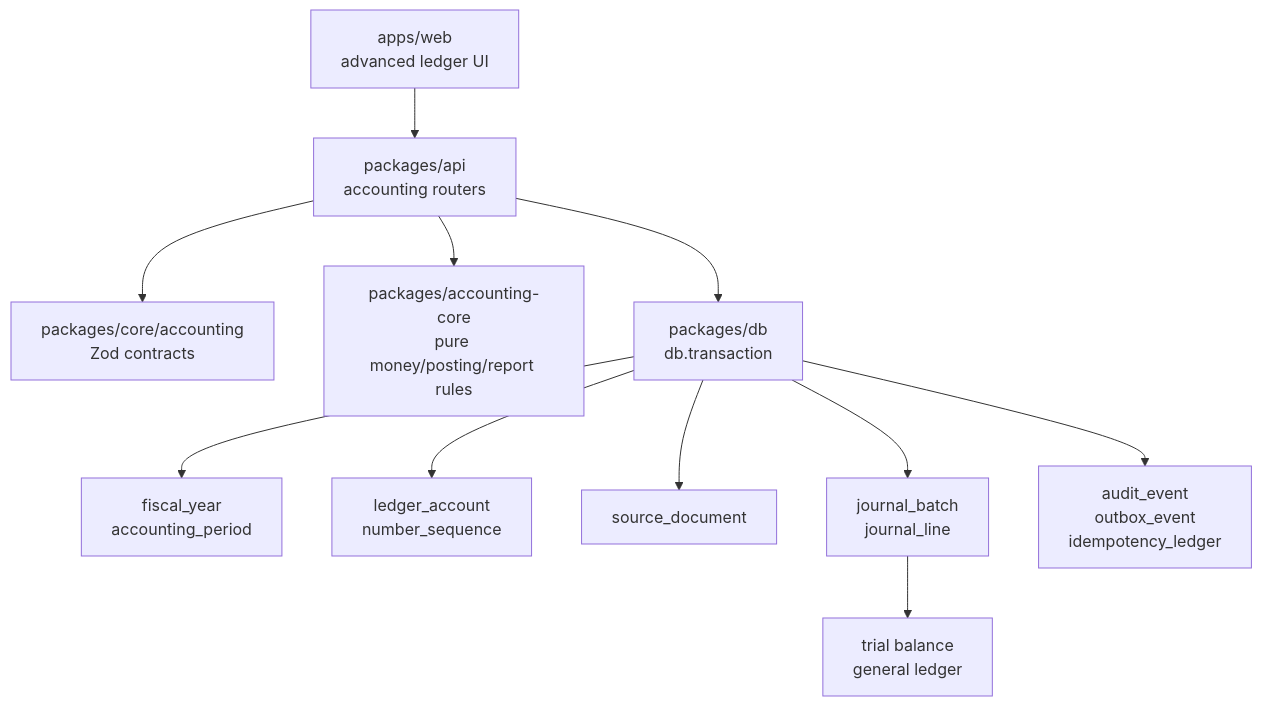
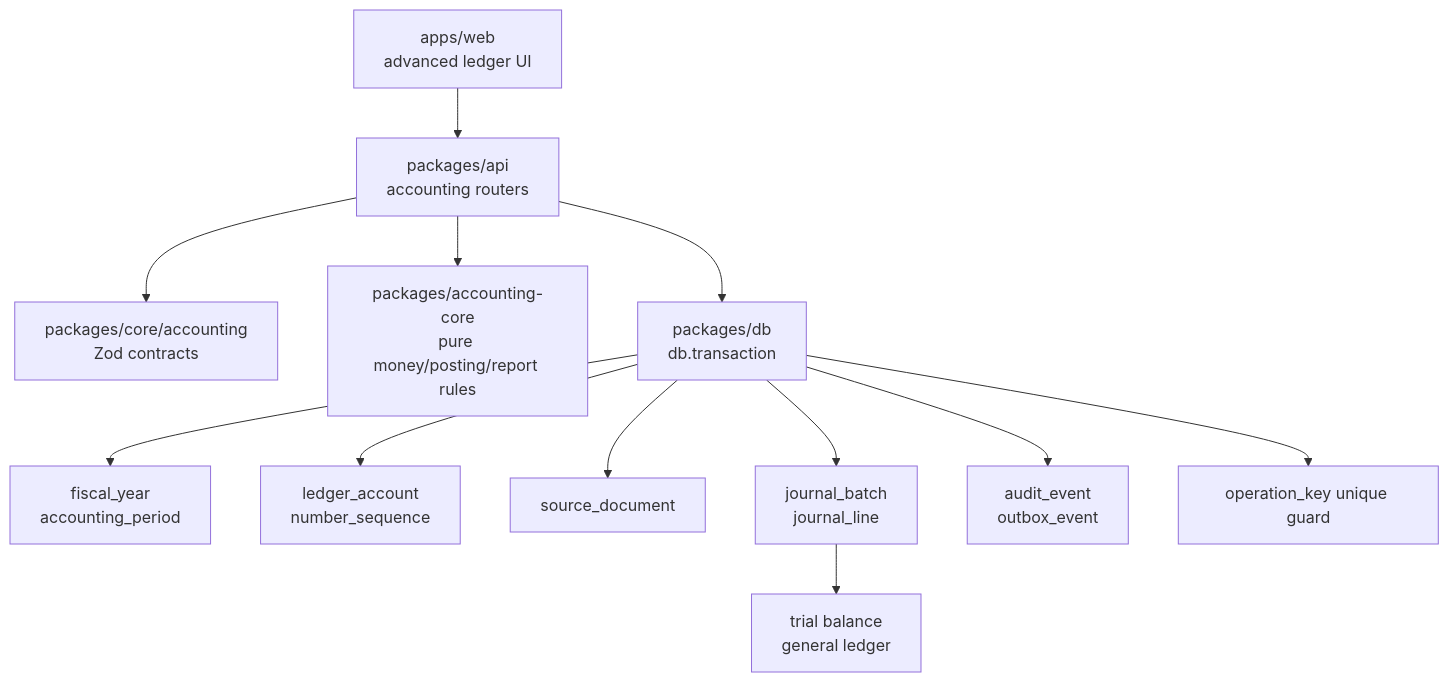
One commit to isherbuilds/edernal-books changed the first of 2 diagrams in docs/superpowers/plans/2026-06-16-phase-01-accounting-kernel-implementation-plan.md. Above: the diagram before and after it, drawn with Mermaid. The commit also changed other lines of this file and 35 other files, not shown here.

````diff
--- a/docs/superpowers/plans/2026-06-16-phase-01-accounting-kernel-implementation-plan.md
+++ b/docs/superpowers/plans/2026-06-16-phase-01-accounting-kernel-implementation-plan.md
@@ -17,13 +17,14 @@
 ```mermaid
 flowchart TD
   Web["apps/web<br/>advanced ledger UI"] --> API["packages/api<br/>accounting routers"]
   API --> Contracts["packages/core/accounting<br/>Zod contracts"]
   API --> Rules["packages/accounting-core<br/>pure money/posting/report rules"]
   API --> TX["packages/db<br/>db.transaction"]
   TX --> Periods["fiscal_year<br/>accounting_period"]
   TX --> Accounts["ledger_account<br/>number_sequence"]
   TX --> Source["source_document"]
   TX --> Journal["journal_batch<br/>journal_line"]
-  TX --> Events["audit_event<br/>outbox_event<br/>idempotency_ledger"]
+  TX --> Events["audit_event<br/>outbox_event"]
+  TX --> OperationKey["operation_key unique guard"]
   Journal --> Reports["trial balance<br/>general ledger"]
 ```
````
